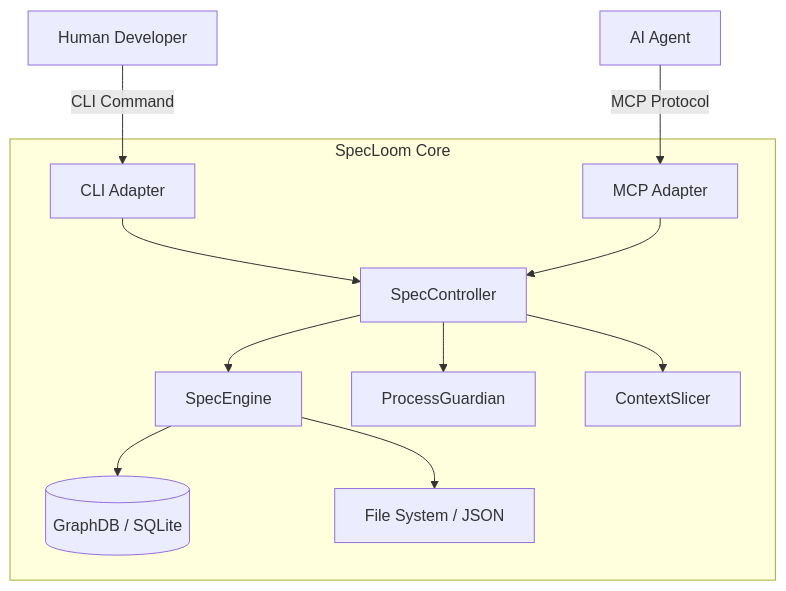
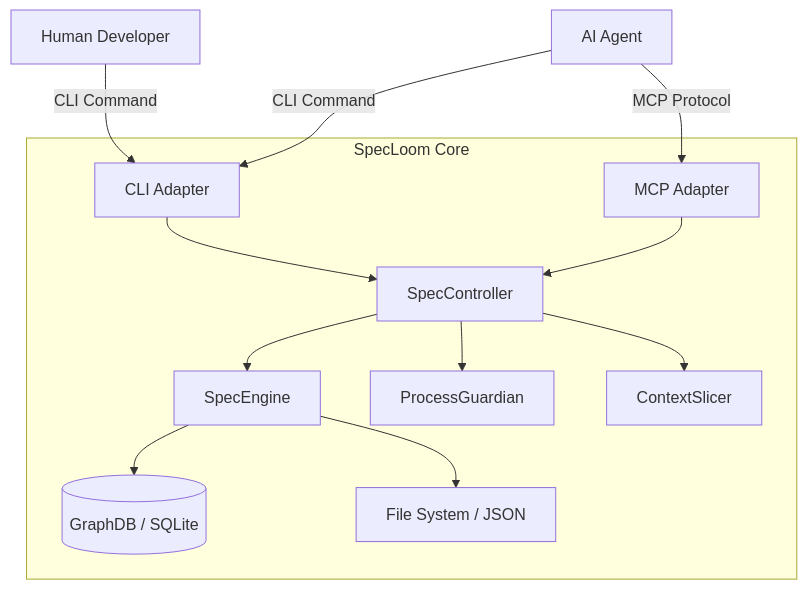
One commit to kpruntov/SpecLoom changed the first of 2 diagrams in docs/architecture.md. Above: the diagram before and after it, drawn with Mermaid. The commit also changed other lines of this file and 38 other files, not shown here.

````diff
--- a/docs/architecture.md
+++ b/docs/architecture.md
@@ -9,17 +9,18 @@
 ```mermaid
 graph TD
     User[Human Developer] -->|CLI Command| CLI[CLI Adapter]
     Agent[AI Agent] -->|MCP Protocol| MCP[MCP Adapter]
+    Agent[AI Agent] -->|CLI Command| CLI[CLI Adapter]
     
     subgraph SpecLoom Core
         CLI --> Controller[SpecController]
         MCP --> Controller
         
         Controller --> Engine[SpecEngine]
         Controller --> Guardian[ProcessGuardian]
         Controller --> Slicer[ContextSlicer]
         
         Engine --> DB[(GraphDB / SQLite)]
         Engine --> FS[File System / JSON]
     end
 ```
````
